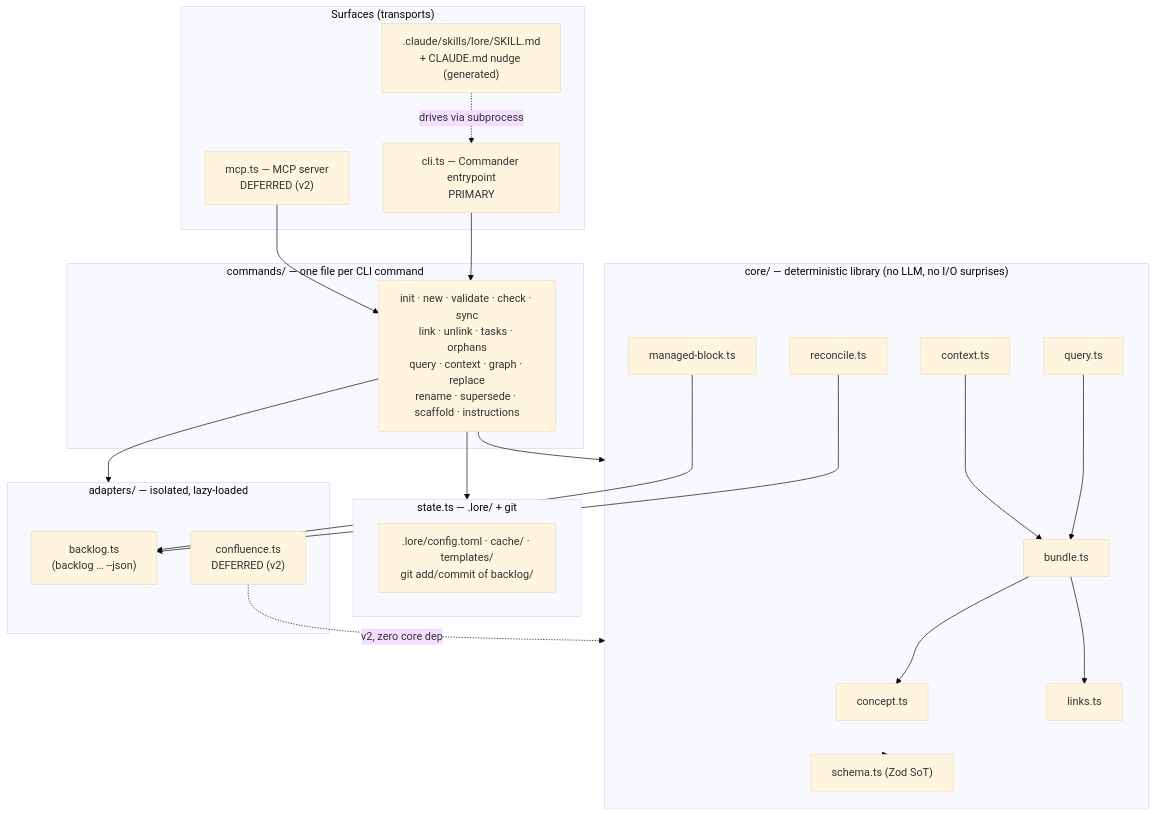
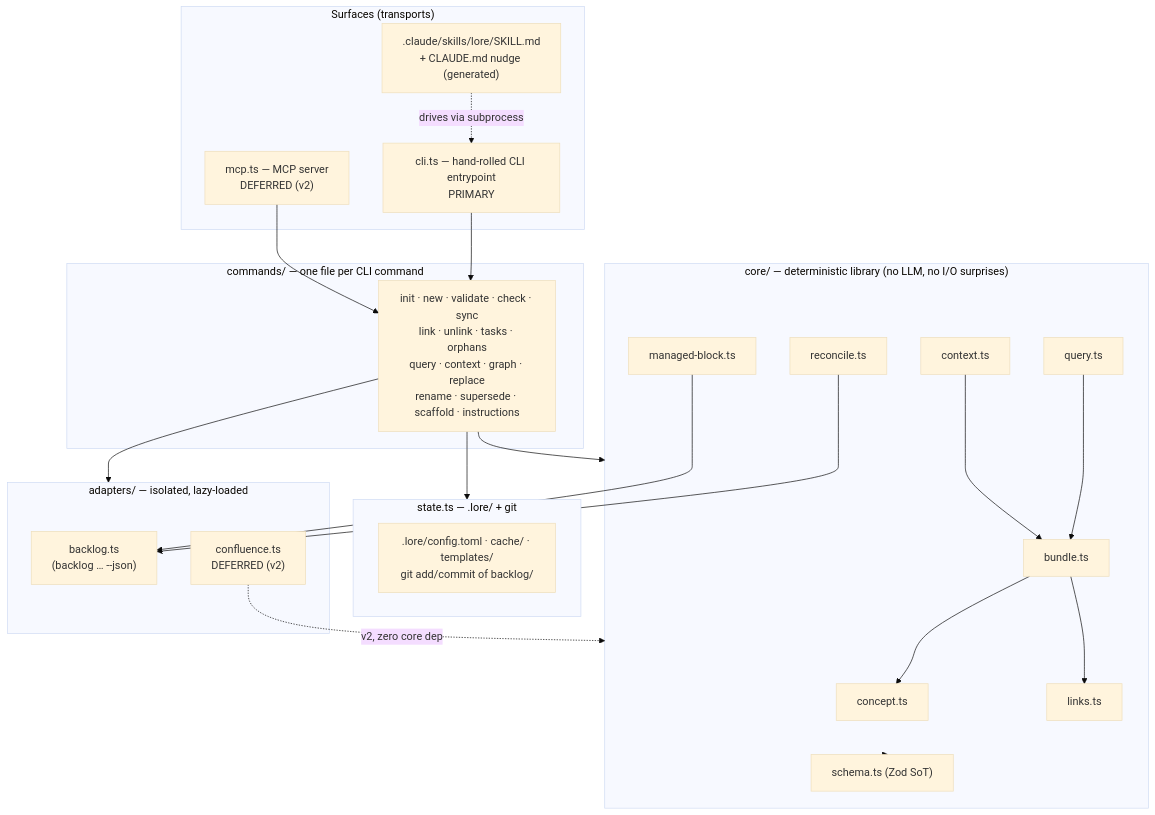
The diagram in docs/reference/architecture.md (opum-ai/lore-cli), drawn with Mermaid (base theme) before and after one commit. The commit also changed other lines of this file and 8 other files, not shown here.

````diff
--- a/docs/reference/architecture.md
+++ b/docs/reference/architecture.md
@@ -31,47 +31,47 @@
 ```mermaid
 flowchart TD
     subgraph Surfaces["Surfaces (transports)"]
-        CLI["cli.ts — Commander entrypoint<br/>PRIMARY"]
+        CLI["cli.ts — hand-rolled CLI entrypoint<br/>PRIMARY"]
         MCP["mcp.ts — MCP server<br/>DEFERRED (v2)"]
         SKILL[".claude/skills/lore/SKILL.md<br/>+ CLAUDE.md nudge (generated)"]
     end
 
     subgraph Commands["commands/ — one file per CLI command"]
         CMD["init · new · validate · check · sync<br/>link · unlink · tasks · orphans<br/>query · context · graph · replace<br/>rename · supersede · scaffold · instructions"]
     end
 
     subgraph Core["core/ — deterministic library (no LLM, no I/O surprises)"]
         CONCEPT["concept.ts"]
         BUNDLE["bundle.ts"]
         MANAGED["managed-block.ts"]
         RECONCILE["reconcile.ts"]
         LINKS["links.ts"]
         QUERY["query.ts"]
         CONTEXT["context.ts"]
         SCHEMA["schema.ts (Zod SoT)"]
     end
 
     subgraph State["state.ts — .lore/ + git"]
         STATEIO[".lore/config.toml · cache/ · templates/<br/>git add/commit of backlog/"]
     end
 
     subgraph Adapters["adapters/ — isolated, lazy-loaded"]
         BACKLOG["backlog.ts<br/>(backlog … --json)"]
         CONFLUENCE["confluence.ts<br/>DEFERRED (v2)"]
     end
 
     CLI --> CMD
     MCP --> CMD
     SKILL -. "drives via subprocess" .-> CLI
     CMD --> Core
     CMD --> State
     Core --> SCHEMA
     BUNDLE --> CONCEPT
     BUNDLE --> LINKS
     QUERY --> BUNDLE
     CONTEXT --> BUNDLE
     RECONCILE --> BACKLOG
     MANAGED --> BACKLOG
     CMD --> Adapters
     CONFLUENCE -. "v2, zero core dep" .-> Core
 ```
````
